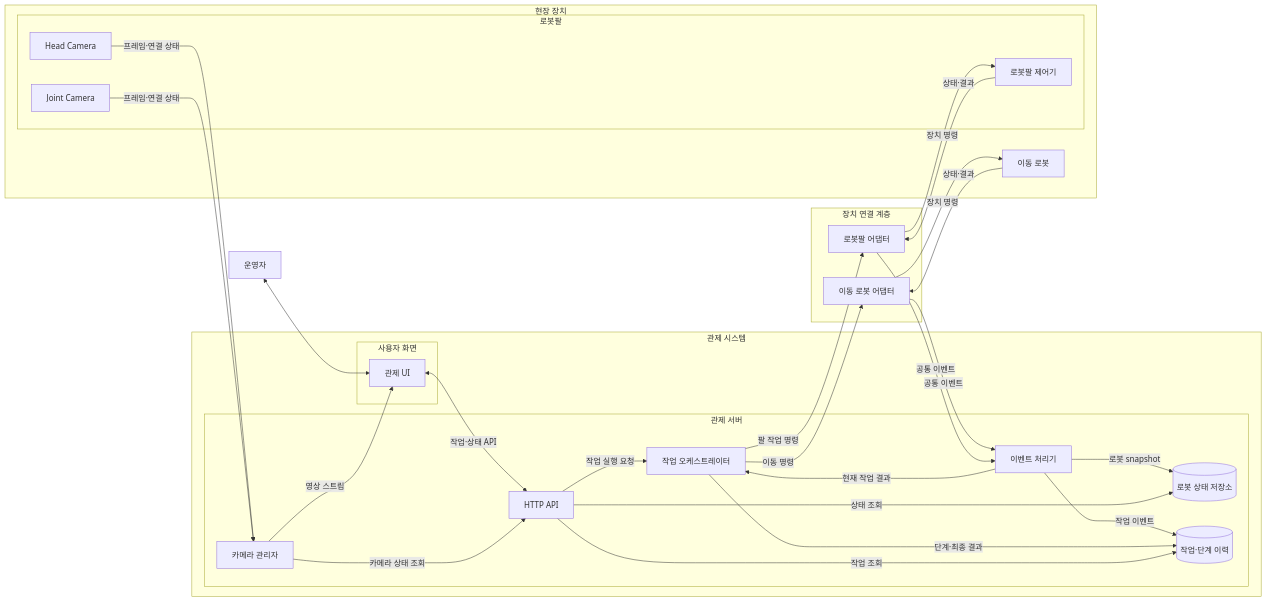
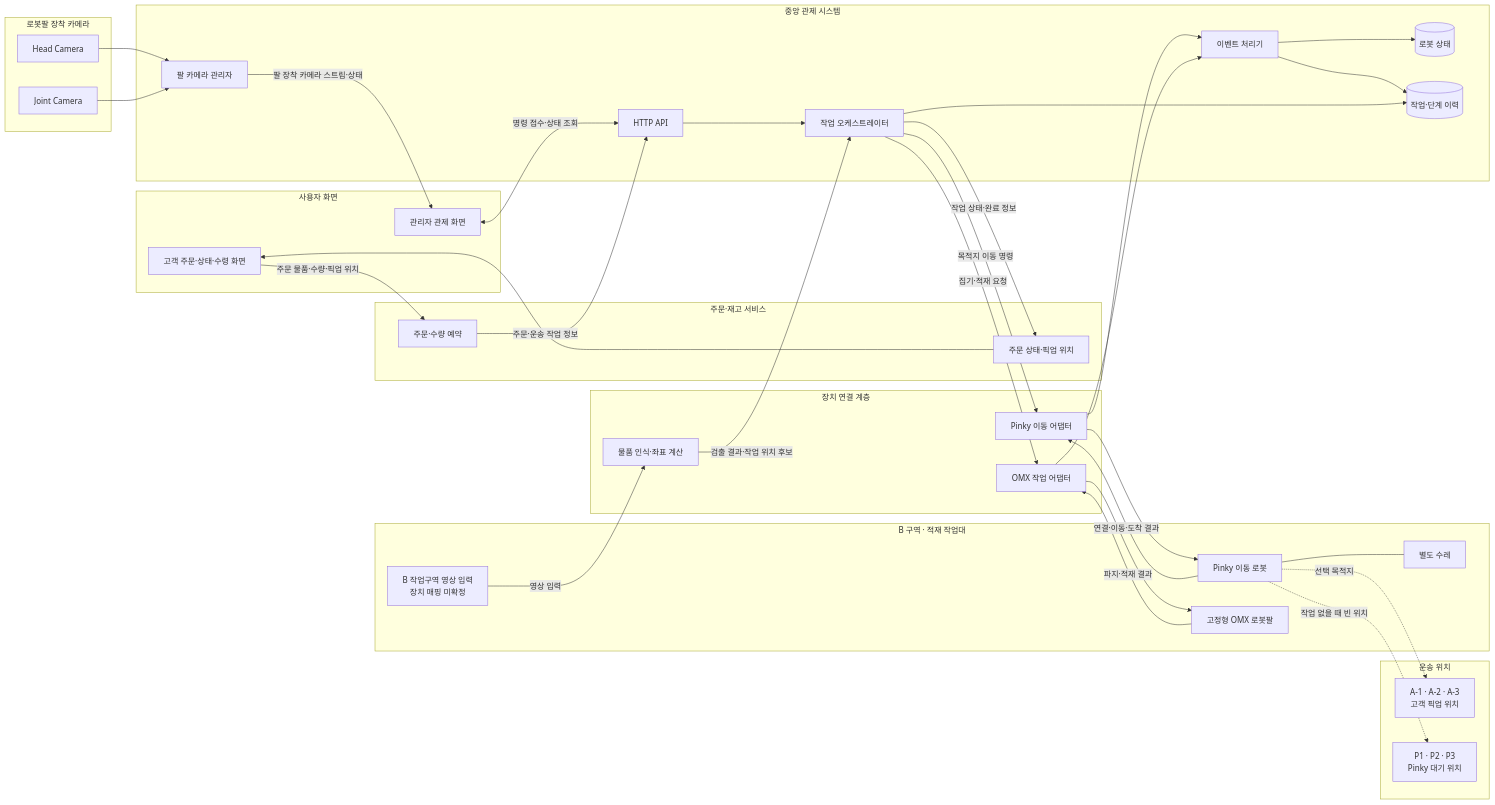
The first of 3 diagrams in docs/spec/data-flow.md (kernel-robot-8th/kernel-robot-repo-3), drawn with Mermaid before and after one commit. The commit also changed other lines of this file, not shown here.

Commit message:
docs: map JJS logistics system flow (#6)

````diff
--- a/docs/spec/data-flow.md
+++ b/docs/spec/data-flow.md
@@ -9,54 +11,74 @@
 ```mermaid
 flowchart LR
-    OP[운영자]
+    subgraph USERS[사용자 화면]
+        CUSTOMER[고객 주문·상태·수령 화면]
+        ADMIN[관리자 관제 화면]
+    end
 
-    subgraph CONTROL[관제 시스템]
-        subgraph CLIENT[사용자 화면]
-            UI[관제 UI]
-        end
-        subgraph SERVER[관제 서버]
-            API[HTTP API]
-            ORCH[작업 오케스트레이터]
-            EVENT[이벤트 처리기]
-            STATE[(로봇 상태 저장소)]
-            HISTORY[(작업·단계 이력)]
-            CAM[카메라 관리자]
-        end
+    subgraph PRODUCT[주문·재고 서비스]
+        ORDER[주문·수량 예약]
+        ORDER_STATE[주문 상태·픽업 위치]
+    end
+
+    subgraph CONTROL[중앙 관제 시스템]
+        API[HTTP API]
+        ORCH[작업 오케스트레이터]
+        EVENT[이벤트 처리기]
+        ROBOT_STATE[(로봇 상태)]
+        HISTORY[(작업·단계 이력)]
+        CAM_MANAGER[팔 카메라 관리자]
     end
 
     subgraph ADAPTERS[장치 연결 계층]
-        MAD[이동 로봇 어댑터]
-        AAD[로봇팔 어댑터]
+        PINKY_ADAPTER[Pinky 이동 어댑터]
+        OMX_ADAPTER[OMX 작업 어댑터]
+        VISION[물품 인식·좌표 계산]
     end
 
-    subgraph DEVICES[현장 장치]
-        MOBILE[이동 로봇]
-        subgraph ARM[로봇팔]
-            ARMCTRL[로봇팔 제어기]
-            HEAD[Head Camera]
-            JOINT[Joint Camera]
-        end
+    subgraph B_ZONE[B 구역 · 적재 작업대]
+        PINKY[Pinky 이동 로봇]
+        CART[별도 수레]
+        OMX[고정형 OMX 로봇팔]
+        B_CAMERA[B 작업구역 영상 입력<br/>장치 매핑 미확정]
+        PINKY --- CART
     end
 
-    OP <--> UI
-    UI <-->|작업·상태 API| API
-    API -->|작업 실행 요청| ORCH
-    ORCH -->|이동 명령| MAD
-    ORCH -->|팔 작업 명령| AAD
-    MAD -->|장치 명령| MOBILE
-    AAD -->|장치 명령| ARMCTRL
-    MOBILE -->|상태·결과| MAD
-    ARMCTRL -->|상태·결과| AAD
-    MAD -->|공통 이벤트| EVENT
-    AAD -->|공통 이벤트| EVENT
-    EVENT -->|현재 작업 결과| ORCH
-    EVENT -->|로봇 snapshot| STATE
-    EVENT -->|작업 이벤트| HISTORY
-    ORCH -->|단계·최종 결과| HISTORY
-    API -->|상태 조회| STATE
-    API -->|작업 조회| HISTORY
-    HEAD -->|프레임·연결 상태| CAM
-    JOINT -->|프레임·연결 상태| CAM
-    CAM -->|영상 스트림| UI
-    CAM -->|카메라 상태 조회| API
+    subgraph ARM_CAMERAS[로봇팔 장착 카메라]
+        HEAD[Head Camera]
+        JOINT[Joint Camera]
+    end
+
+    subgraph DESTINATIONS[운송 위치]
+        A_PICKUP[A-1 · A-2 · A-3<br/>고객 픽업 위치]
+        PARK[P1 · P2 · P3<br/>Pinky 대기 위치]
+    end
+
+    CUSTOMER -->|주문 물품·수량·픽업 위치| ORDER
+    ORDER -->|주문·운송 작업 정보| API
+    API --> ORCH
+    ORCH -->|작업 상태·완료 정보| ORDER_STATE
+    ORDER_STATE --> CUSTOMER
+    ADMIN <-->|명령 접수·상태 조회| API
+
+    ORCH -->|목적지 이동 명령| PINKY_ADAPTER
+    PINKY_ADAPTER --> PINKY
+    PINKY -->|연결·이동·도착 결과| PINKY_ADAPTER
+    PINKY_ADAPTER --> EVENT
+
+    B_CAMERA -->|영상 입력| VISION
+    VISION -->|검출 결과·작업 위치 후보| ORCH
+    ORCH -->|집기·적재 요청| OMX_ADAPTER
+    OMX_ADAPTER --> OMX
+    OMX -->|파지·적재 결과| OMX_ADAPTER
+    OMX_ADAPTER --> EVENT
+
+    EVENT --> ROBOT_STATE
+    EVENT --> HISTORY
+    ORCH --> HISTORY
+    HEAD --> CAM_MANAGER
+    JOINT --> CAM_MANAGER
+    CAM_MANAGER -->|팔 장착 카메라 스트림·상태| ADMIN
+
+    PINKY -.->|선택 목적지| A_PICKUP
+    PINKY -.->|작업 없을 때 빈 위치| PARK
 ```
````
